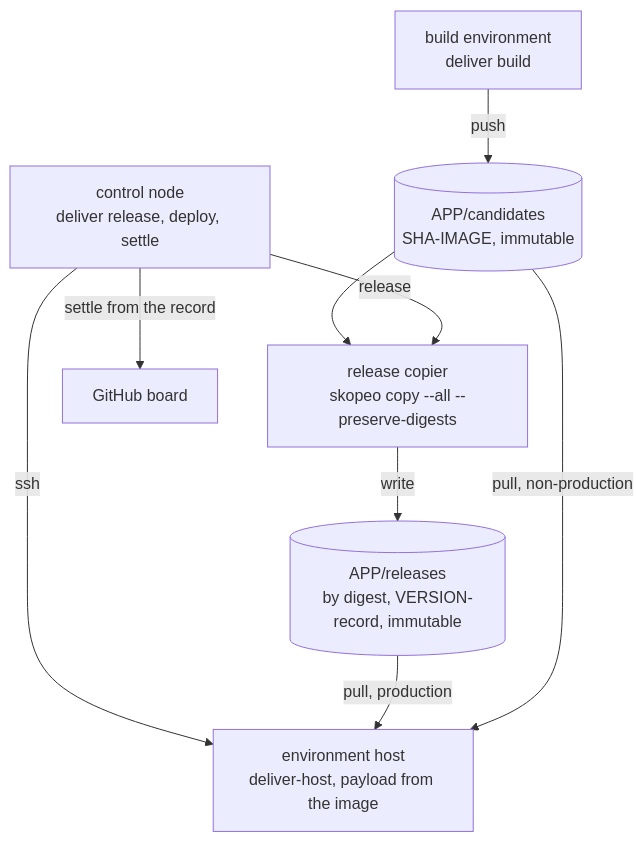
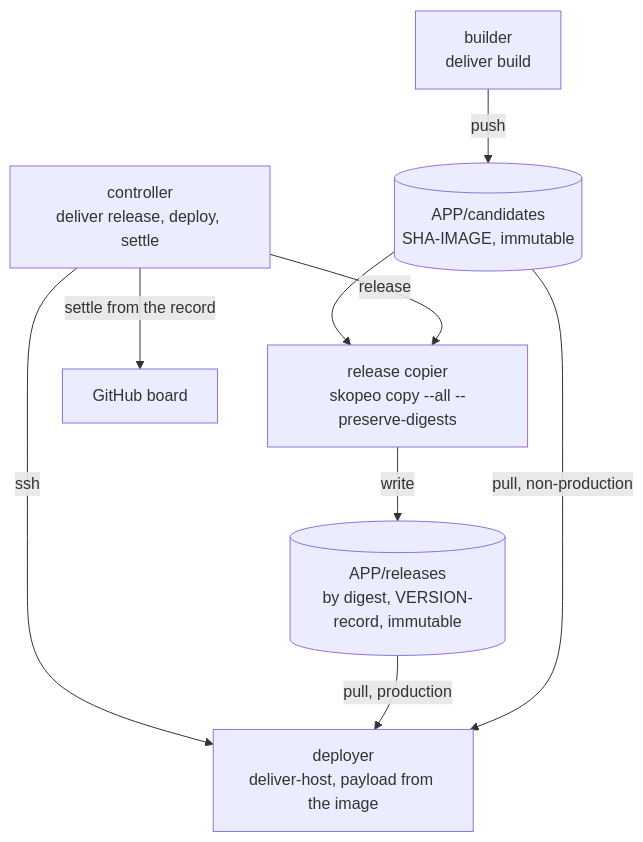
One commit to delphside/programme changed the first of 2 diagrams in records/2.5-changes/programme-tooling/117-generic-deliver-tool/design.md. Above: the diagram before and after it, drawn with Mermaid. The commit also changed other lines of this file and 9 other files, not shown here.

First line of the commit message:
Change 117: the tool's roles are components: controller, builder, release copier, deployer

````diff
--- a/records/2.5-changes/programme-tooling/117-generic-deliver-tool/design.md
+++ b/records/2.5-changes/programme-tooling/117-generic-deliver-tool/design.md
@@ -73,17 +74,17 @@
 ```mermaid
 flowchart TB
-  BE["build environment<br>deliver build"]
-  CN["control node<br>deliver release, deploy, settle"]
+  CN["controller<br>deliver release, deploy, settle"]
+  BE["builder<br>deliver build"]
   RC["release copier<br>skopeo copy --all --preserve-digests"]
   C[("APP/candidates<br>SHA-IMAGE, immutable")]
   R[("APP/releases<br>by digest, VERSION-record, immutable")]
-  B["environment host<br>deliver-host, payload from the image"]
+  B["deployer<br>deliver-host, payload from the image"]
   BE -->|push| C
   CN -->|"release"| RC
   C --> RC
   RC -->|write| R
   C -->|"pull, non-production"| B
   R -->|"pull, production"| B
   CN -->|ssh| B
   CN -->|"settle from the record"| G["GitHub board"]
 ```
````
